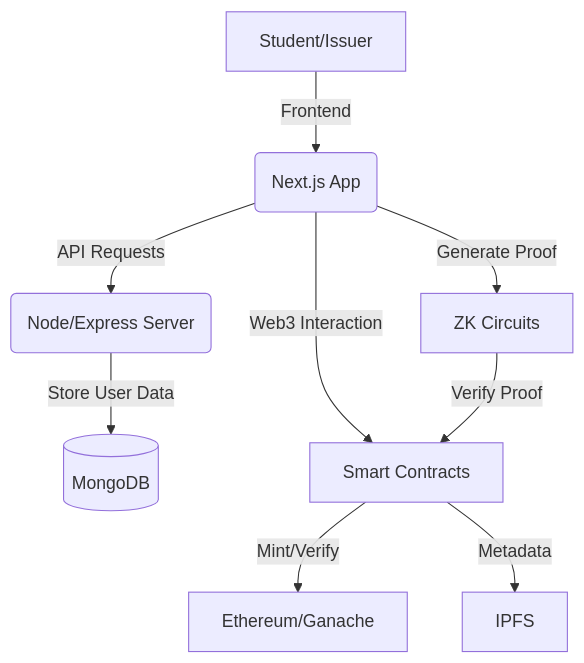
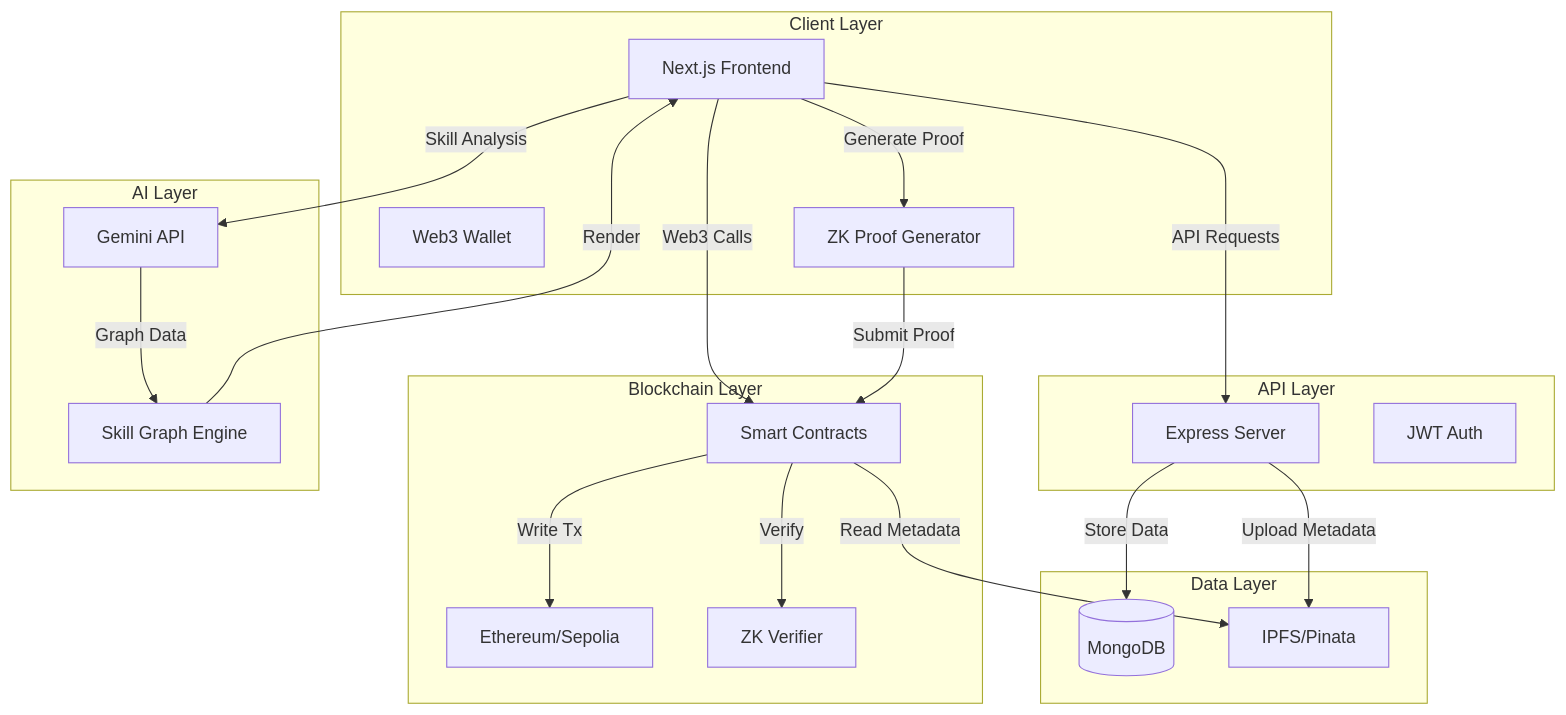
Before and after one commit to ShubhamKarampure/Skill-Z-Stack-NitHack: the diagram in README.md, drawn with Mermaid. The commit also changed other lines of this file, not shown here.

`````diff
--- a/README.md
+++ b/README.md
@@ -49,11 +156,42 @@
 ```mermaid
-graph TD
-    A[Student/Issuer] -->|Frontend| B(Next.js App)
-    B -->|API Requests| C(Node/Express Server)
-    C -->|Store User Data| D[(MongoDB)]
-    B -->|Web3 Interaction| E[Smart Contracts]
-    E -->|Mint/Verify| F[Ethereum/Ganache]
-    E -->|Metadata| G[IPFS]
-    B -->|Generate Proof| H[ZK Circuits]
-    H -->|Verify Proof| E
-````
+graph TB
+    subgraph "Client Layer"
+        A[Next.js Frontend]
+        B[Web3 Wallet]
+        C[ZK Proof Generator]
+    end
+    
+    subgraph "API Layer"
+        D[Express Server]
+        E[JWT Auth]
+    end
+    
+    subgraph "Data Layer"
+        F[(MongoDB)]
+        G[IPFS/Pinata]
+    end
+    
+    subgraph "Blockchain Layer"
+        H[Smart Contracts]
+        I[Ethereum/Sepolia]
+        J[ZK Verifier]
+    end
+    
+    subgraph "AI Layer"
+        K[Gemini API]
+        L[Skill Graph Engine]
+    end
+    
+    A -->|API Requests| D
+    A -->|Web3 Calls| H
+    A -->|Generate Proof| C
+    C -->|Submit Proof| H
+    H -->|Verify| J
+    D -->|Store Data| F
+    D -->|Upload Metadata| G
+    H -->|Read Metadata| G
+    H -->|Write Tx| I
+    A -->|Skill Analysis| K
+    K -->|Graph Data| L
+    L -->|Render| A
+```
`````
